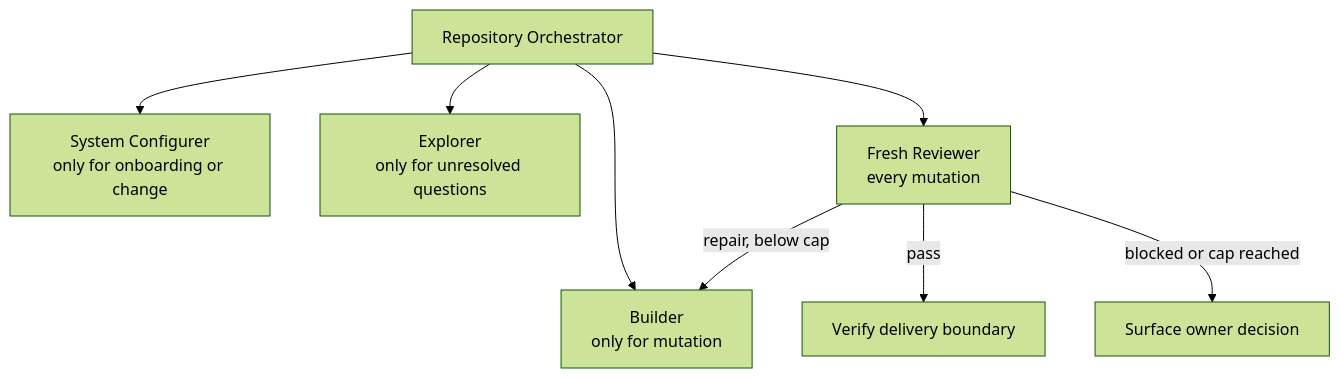
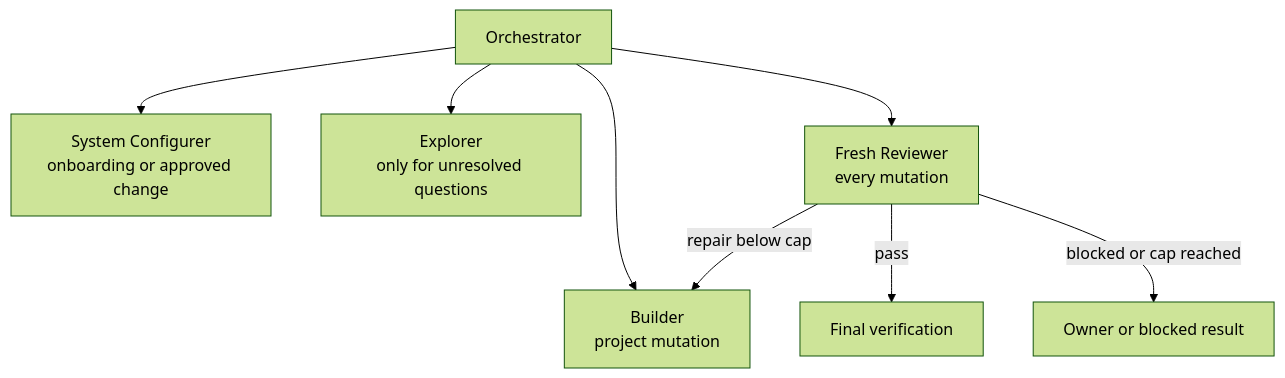
The first of 5 diagrams in docs/WHITEPAPER.md (divyekant/Olympus), drawn with Mermaid (forest theme) before and after one commit. The commit also changed other lines of this file and 16 other files, not shown here.

````diff
--- a/docs/WHITEPAPER.md
+++ b/docs/WHITEPAPER.md
@@ -13,10 +21,10 @@
 ```mermaid
 flowchart TD
-    O[Repository Orchestrator] --> C[System Configurer<br/>only for onboarding or change]
+    O[Orchestrator] --> C[System Configurer<br/>onboarding or approved change]
     O --> E[Explorer<br/>only for unresolved questions]
-    O --> B[Builder<br/>only for mutation]
+    O --> B[Builder<br/>project mutation]
     O --> R[Fresh Reviewer<br/>every mutation]
-    R -->|repair, below cap| B
-    R -->|pass| V[Verify delivery boundary]
-    R -->|blocked or cap reached| X[Surface owner decision]
+    R -->|repair below cap| B
+    R -->|pass| V[Final verification]
+    R -->|blocked or cap reached| H[Owner or blocked result]
 ```
````
